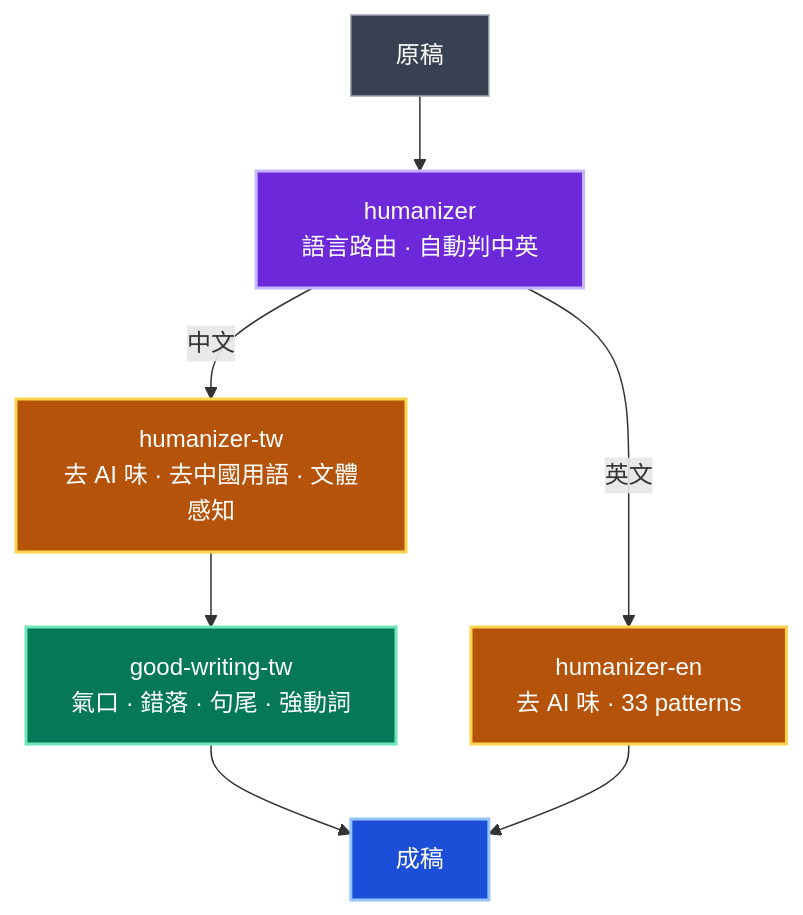
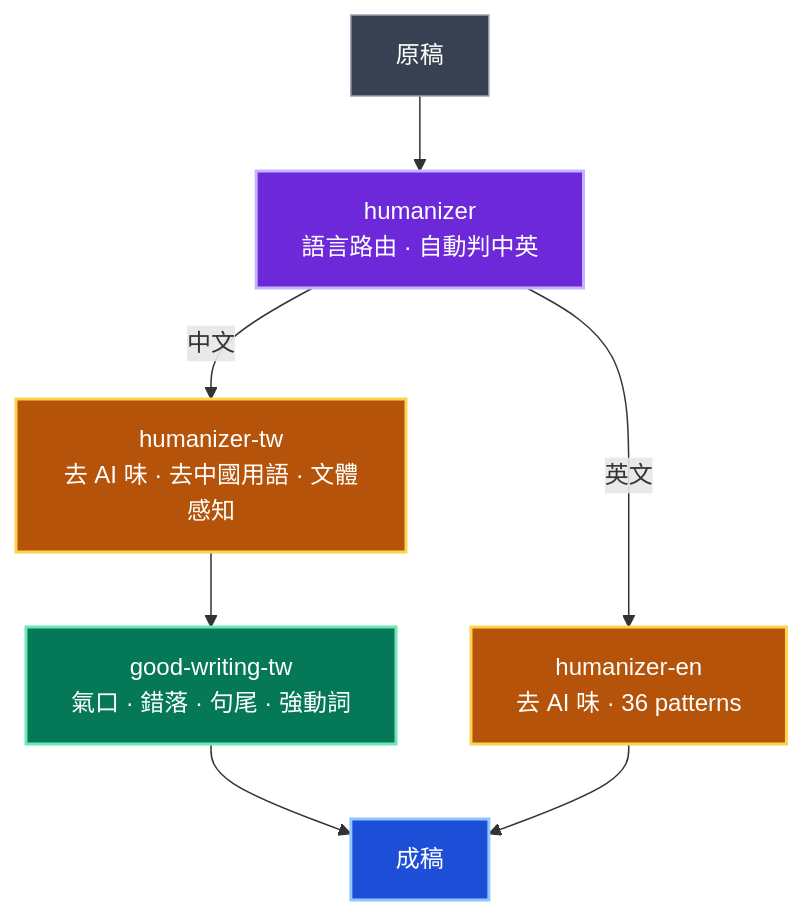
Before and after one commit to aeopress/writing-skills.TW: the diagram in README.md, drawn with Mermaid. The commit also changed other lines of this file and 2 other files, not shown here.

First line of the commit message:
docs: humanizer-tw v1.3.0 與 humanizer-en v3.0.0 說明同步、marketplace 1.7.0

````diff
--- a/README.md
+++ b/README.md
@@ -15,14 +15,14 @@
 ```mermaid
 flowchart TD
     classDef raw fill:#374151,color:#fff,stroke:#9ca3af,stroke-width:1px;
     classDef route fill:#6d28d9,color:#fff,stroke:#c4b5fd,stroke-width:2px;
     classDef hum fill:#b45309,color:#fff,stroke:#fcd34d,stroke-width:2px;
     classDef gw fill:#047857,color:#fff,stroke:#6ee7b7,stroke-width:2px;
     classDef done fill:#1d4ed8,color:#fff,stroke:#93c5fd,stroke-width:2px;
 
     A["原稿"]:::raw --> H["humanizer<br/>語言路由 · 自動判中英"]:::route
     H -->|中文| TW["humanizer-tw<br/>去 AI 味 · 去中國用語 · 文體感知"]:::hum
-    H -->|英文| EN["humanizer-en<br/>去 AI 味 · 33 patterns"]:::hum
+    H -->|英文| EN["humanizer-en<br/>去 AI 味 · 36 patterns"]:::hum
     TW --> GW["good-writing-tw<br/>氣口 · 錯落 · 句尾 · 強動詞"]:::gw --> D["成稿"]:::done
     EN --> D
 ```
````
